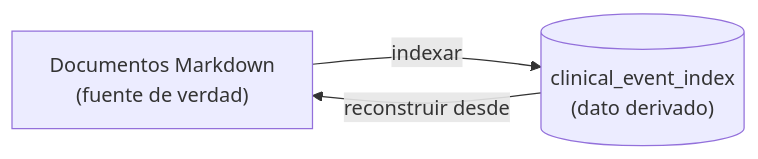
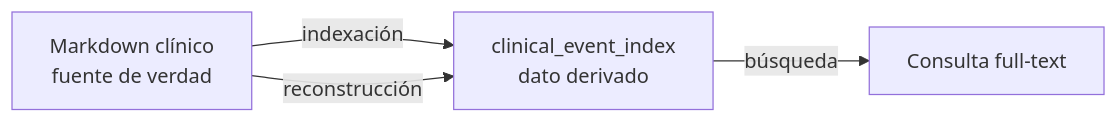
Before and after one commit to devmauriciopineda/careme: the third of 4 diagrams in docs/concepts/04-datos-relacionales-y-fuentes-derivadas.md, drawn with Mermaid. The commit also changed other lines of this file and 68 other files, not shown here.

````diff
--- a/docs/concepts/04-datos-relacionales-y-fuentes-derivadas.md
+++ b/docs/concepts/04-datos-relacionales-y-fuentes-derivadas.md
@@ -121,5 +326,6 @@
 ```mermaid
 flowchart LR
-    MD["Documentos Markdown<br/>(fuente de verdad)"] -->|indexar| IDX[("clinical_event_index<br/>(dato derivado)")]
-    IDX -->|reconstruir desde| MD
+    MD["Markdown clínico<br/>fuente de verdad"] -->|indexación| IDX["clinical_event_index<br/>dato derivado"]
+    IDX -->|búsqueda| Query["Consulta full-text"]
+    MD -->|reconstrucción| IDX
 ```
````
